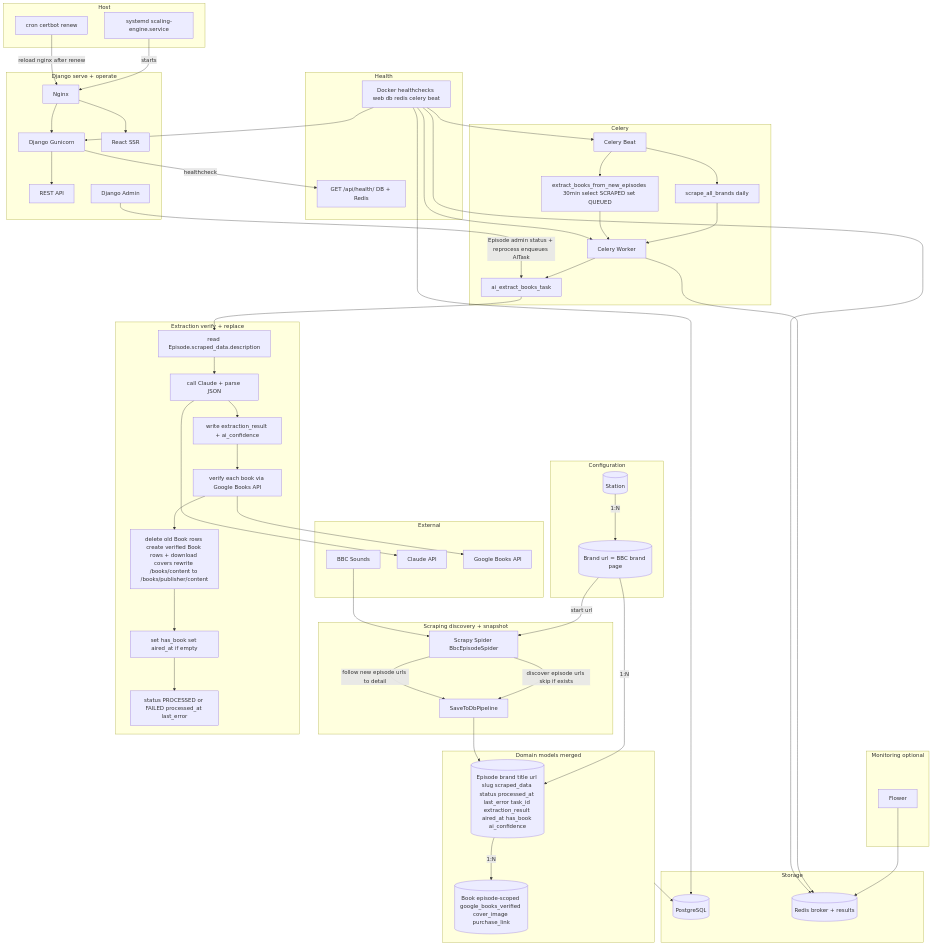
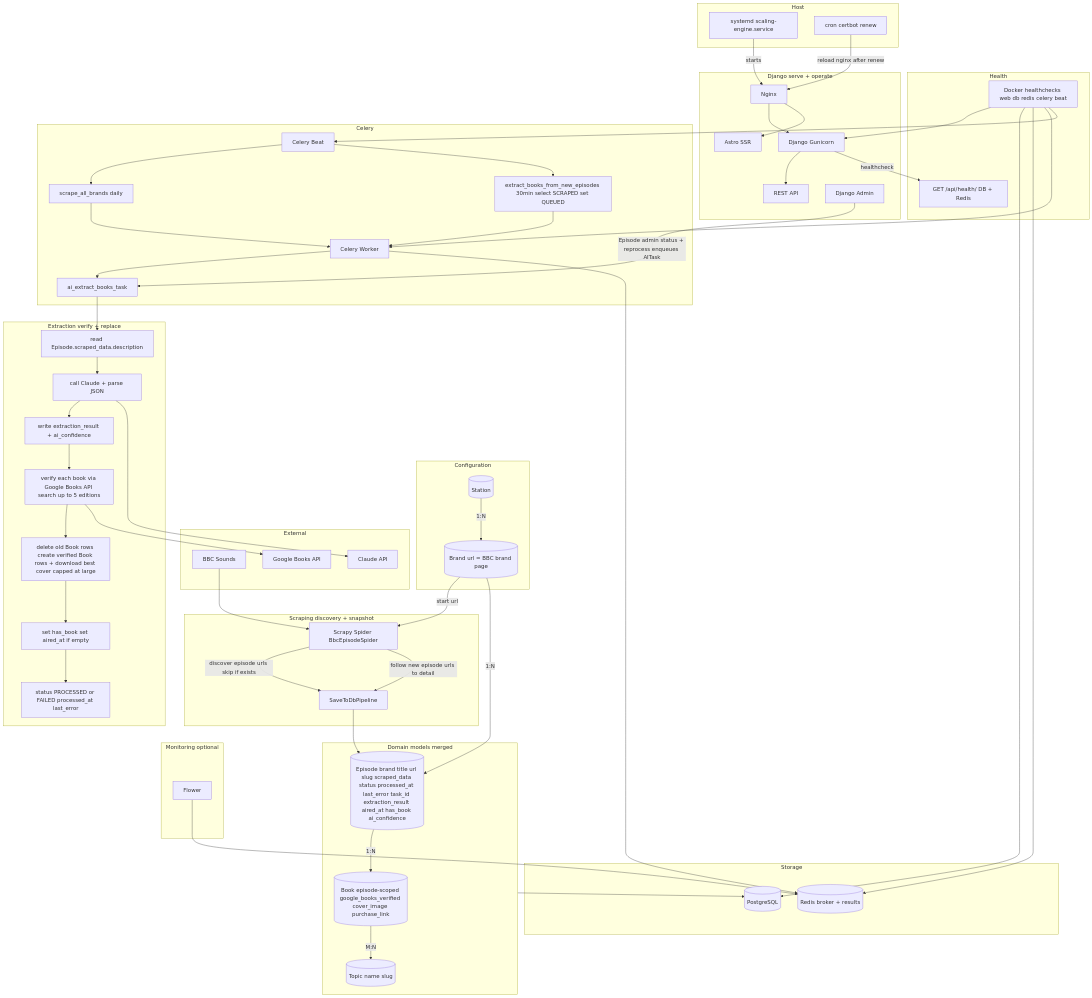
Before and after one commit to seb-thomas/scaling-engine: the first of 2 diagrams in ARCHITECTURE.md, drawn with Mermaid. The commit also changed other lines of this file and 4 other files, not shown here.

First line of the commit message:
Add About page, README, update architecture docs

```diff
--- a/ARCHITECTURE.md
+++ b/ARCHITECTURE.md
@@ -89,7 +89,7 @@
   subgraph django [Django serve + operate]
     Nginx[Nginx]
     Web[Django Gunicorn]
-    Frontend[React SSR]
+    Frontend[Astro SSR]
     API[REST API]
     Admin[Django Admin]
     Nginx --> Web
@@ -100,8 +100,10 @@
   subgraph models [Domain models merged]
     Episode[(Episode brand title url slug scraped_data status processed_at last_error task_id extraction_result aired_at has_book ai_confidence)]
     Book[(Book episode-scoped google_books_verified cover_image purchase_link)]
+    Topic[(Topic name slug)]
     Brand -->|1:N| Episode
     Episode -->|1:N| Book
+    Book -->|M:N| Topic
   end
 
   subgraph storage [Storage]
@@ -126,8 +128,8 @@
     ReadSnap["read Episode.scraped_data.description"]
     CallAI["call Claude + parse JSON"]
     SaveResult["write extraction_result + ai_confidence"]
-    VerifyGB["verify each book via Google Books API"]
-    ReplaceBooks["delete old Book rows create verified Book rows + download covers rewrite /books/content to /books/publisher/content"]
+    VerifyGB["verify each book via Google Books API search up to 5 editions"]
+    ReplaceBooks["delete old Book rows create verified Book rows + download best cover capped at large"]
     UpdateEpisode["set has_book set aired_at if empty"]
     SetStatus["status PROCESSED or FAILED processed_at last_error"]
     AITask --> ReadSnap --> CallAI --> SaveResult --> VerifyGB --> ReplaceBooks --> UpdateEpisode --> SetStatus
```
